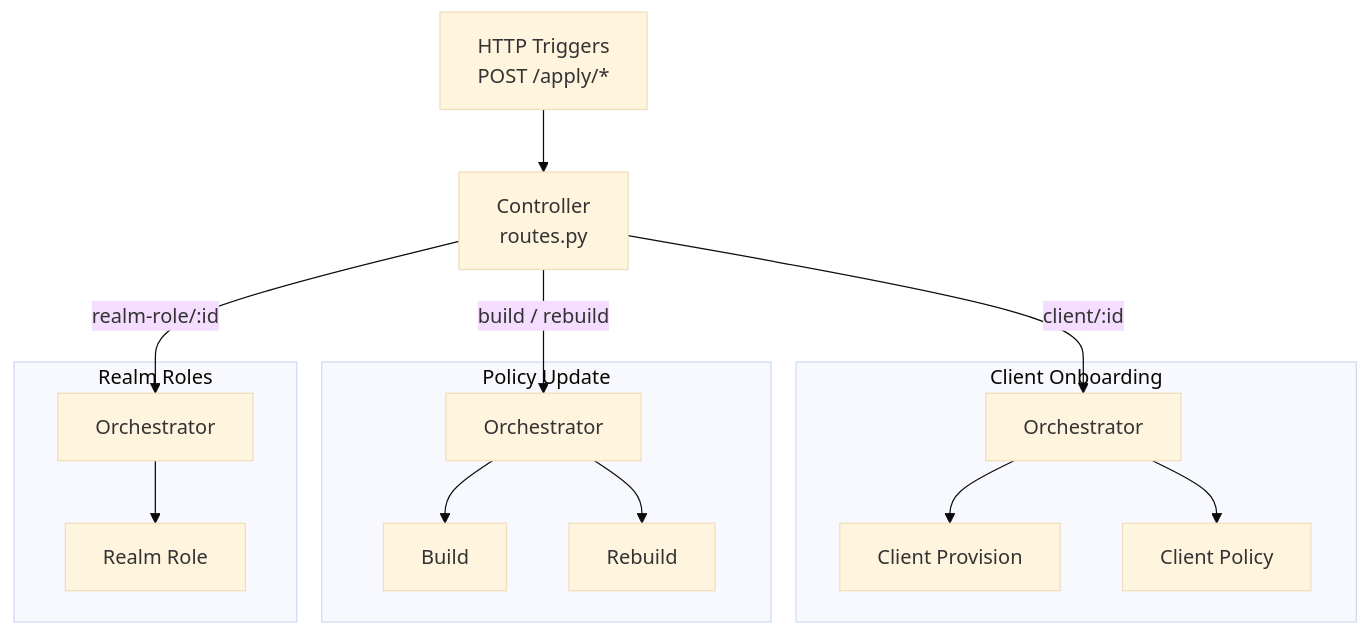
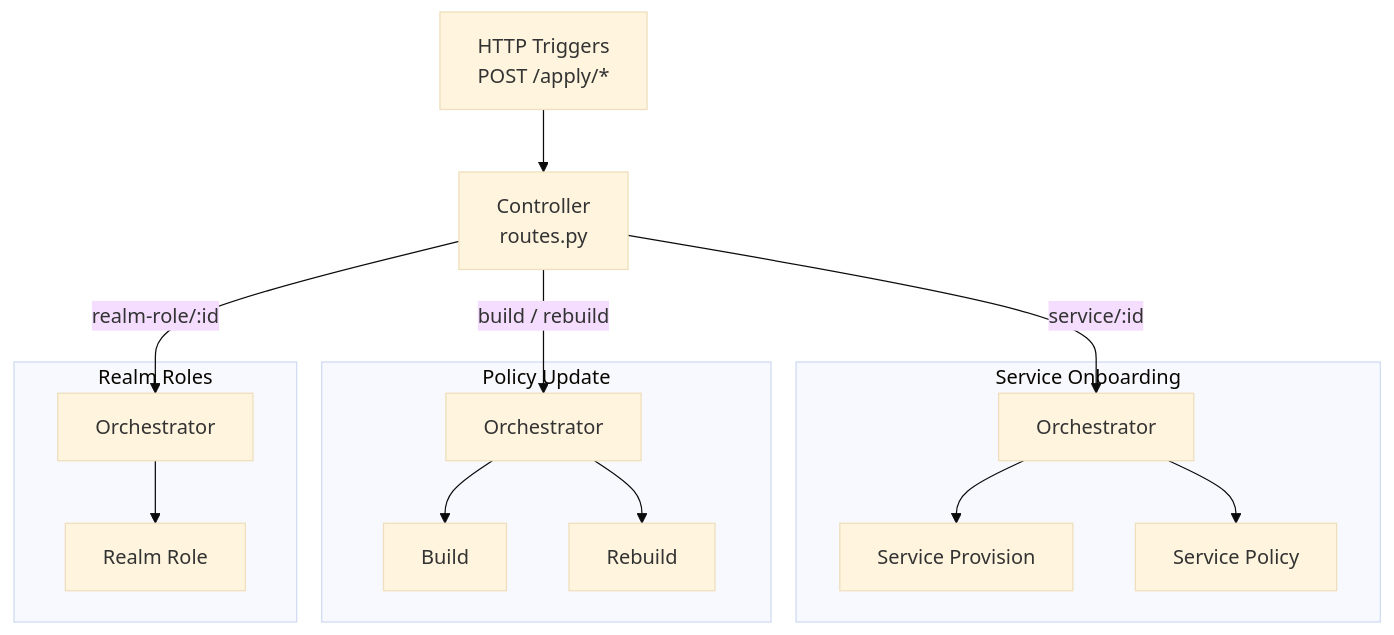
The first of 8 diagrams in inception/requirements/components/aiac-agent.md (rossoctl/aiac), drawn with Mermaid (base theme) before and after one commit. The commit also changed other lines of this file, not shown here.

First line of the commit message:
docs(aiac): rename client to service in AIAC Agent PRD

````diff
--- a/inception/requirements/components/aiac-agent.md
+++ b/inception/requirements/components/aiac-agent.md
@@ -17,32 +21,32 @@
 ```mermaid
 flowchart TD
     TRIGGERS["HTTP Triggers\nPOST /apply/*"]
     CTRL["Controller\nroutes.py"]
 
-    subgraph CO["Client Onboarding"]
+    subgraph CO["Service Onboarding"]
         ORC1["Orchestrator"]
-        SA1["Client Provision"]
-        SA2["Client Policy"]
+        SA1["Service Provision"]
+        SA2["Service Policy"]
         ORC1 --> SA1
         ORC1 --> SA2
     end
 
     subgraph PU["Policy Update"]
         ORC2["Orchestrator"]
         SA3["Build"]
         SA4["Rebuild"]
         ORC2 --> SA3
         ORC2 --> SA4
     end
 
     subgraph RR["Realm Roles"]
         ORC3["Orchestrator"]
         SA5["Realm Role"]
         ORC3 --> SA5
     end
 
     TRIGGERS --> CTRL
     CTRL -->|"realm-role/:id"| ORC3
     CTRL -->|"build / rebuild"| ORC2
-    CTRL -->|"client/:id"| ORC1
+    CTRL -->|"service/:id"| ORC1
 ```
````
